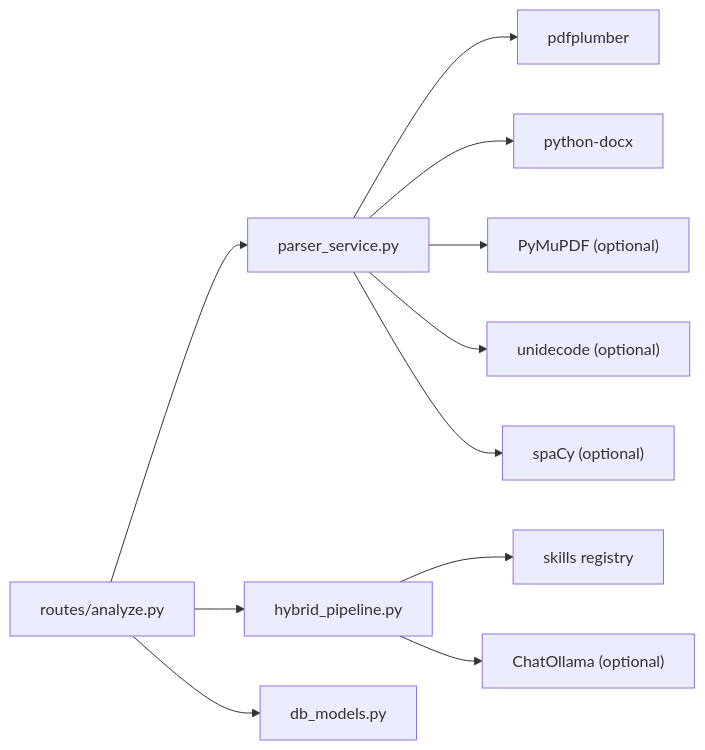
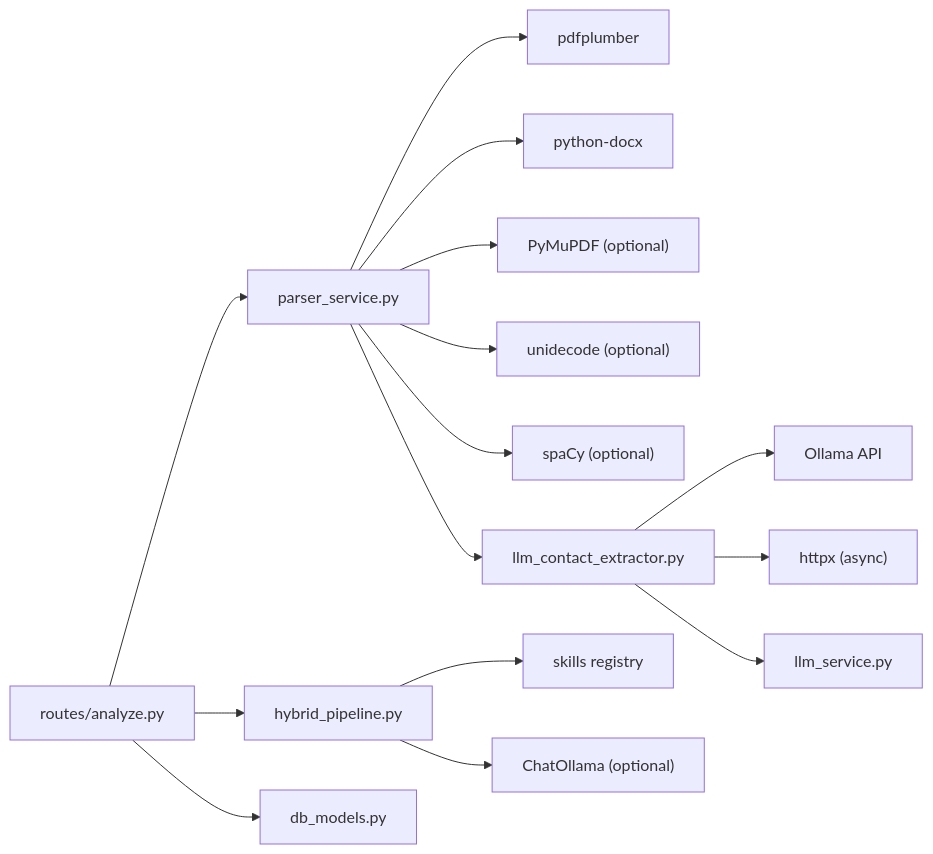
One commit to Revanththetalogics/aireume changed the tenth of 10 diagrams in .qoder/repowiki/en/content/Candidate Management/Resume Parsing and Extraction.md. Above: the diagram before and after it, drawn with Mermaid. The commit also changed other lines of this file and 20 other files, not shown here.

````diff
--- a/.qoder/repowiki/en/content/Candidate Management/Resume Parsing and Extraction.md
+++ b/.qoder/repowiki/en/content/Candidate Management/Resume Parsing and Extraction.md
@@ -388,13 +587,17 @@
 ```mermaid
 graph LR
 Parser["parser_service.py"] --> PDF["pdfplumber"]
 Parser --> DOCX["python-docx"]
 Parser --> PyMu["PyMuPDF (optional)"]
 Parser --> Uni["unidecode (optional)"]
 Parser --> Spacy["spaCy (optional)"]
+Parser --> LLMExt["llm_contact_extractor.py"]
+LLMExt --> Ollama["Ollama API"]
+LLMExt --> Httpx["httpx (async)"]
+LLMExt --> LLMService["llm_service.py"]
 Hybrid["hybrid_pipeline.py"] --> Skills["skills registry"]
 Hybrid --> LLM["ChatOllama (optional)"]
 Routes["routes/analyze.py"] --> Parser
 Routes --> Hybrid
 Routes --> DB["db_models.py"]
 ```
````
